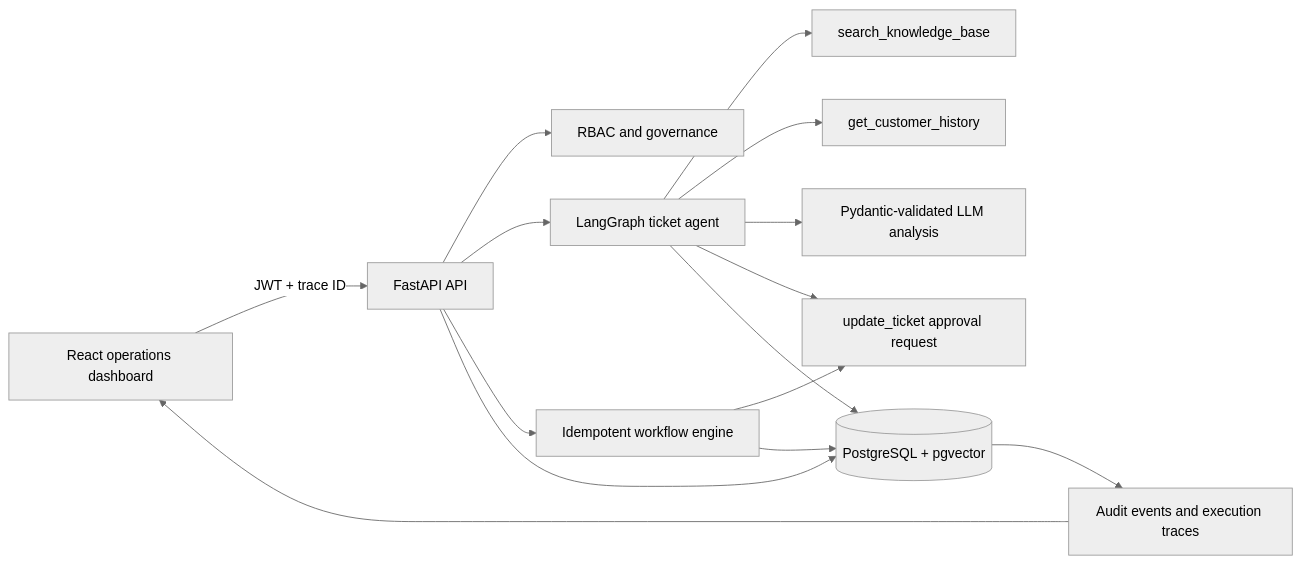
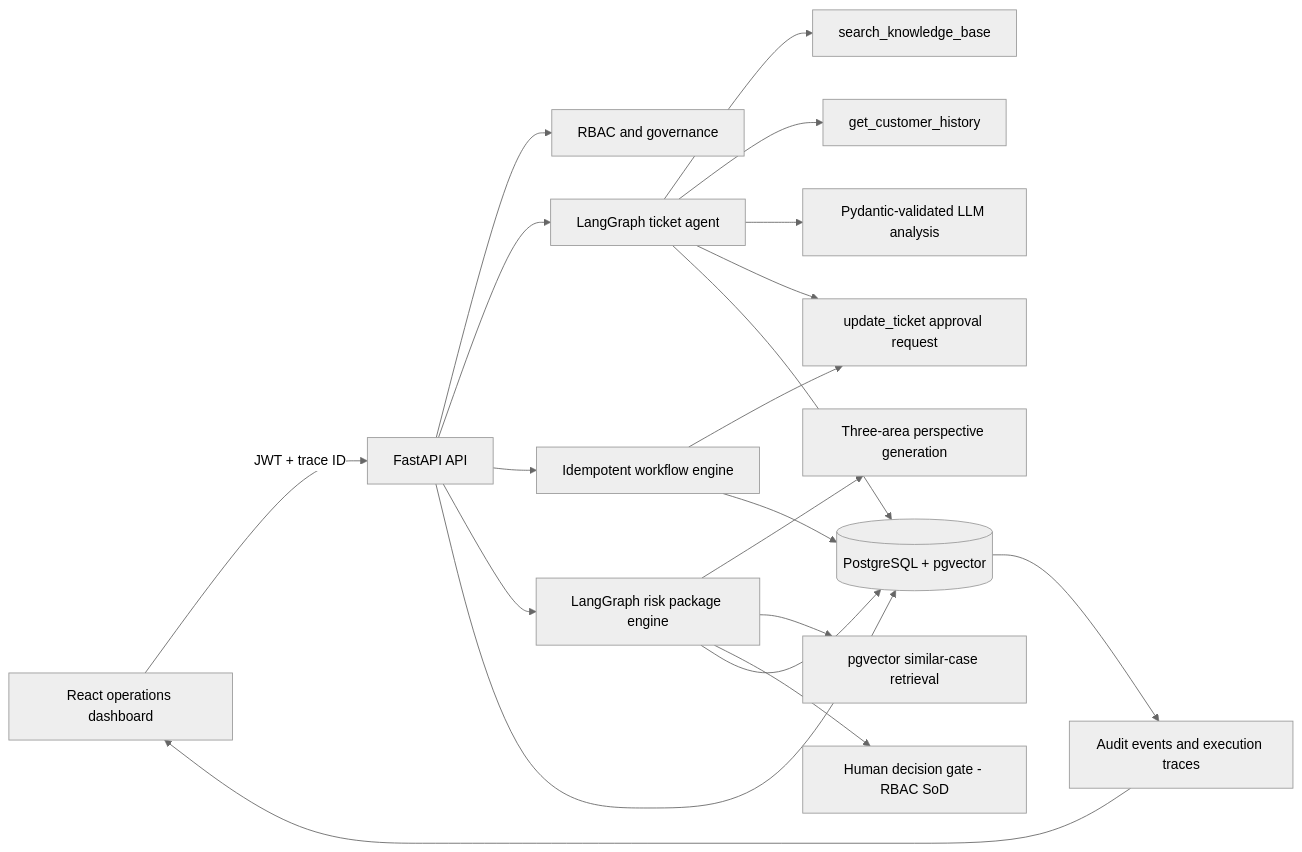
One commit to RidhanPar/ai-ops-workflow-automation-platform changed the diagram in README.md. Above: the diagram before and after it, drawn with Mermaid (neutral theme). The commit also changed other lines of this file and 1 other file, not shown here.

````diff
--- a/README.md
+++ b/README.md
@@ -49,17 +53,22 @@
 ```mermaid
 flowchart LR
     UI[React operations dashboard] -->|JWT + trace ID| API[FastAPI API]
     API --> AUTH[RBAC and governance]
     API --> AGENT[LangGraph ticket agent]
     AGENT --> KB[search_knowledge_base]
     AGENT --> HISTORY[get_customer_history]
     AGENT --> LLM[Pydantic-validated LLM analysis]
     AGENT --> APPROVAL[update_ticket approval request]
     API --> ENGINE[Idempotent workflow engine]
     ENGINE --> APPROVAL
+    API --> RISK[LangGraph risk package engine]
+    RISK --> PERSPECTIVES[Three-area perspective generation]
+    RISK --> SIMILAR[pgvector similar-case retrieval]
+    RISK --> HUMANGATE[Human decision gate - RBAC SoD]
     API --> DB[(PostgreSQL + pgvector)]
     AGENT --> DB
     ENGINE --> DB
+    RISK --> DB
     DB --> TRACE[Audit events and execution traces]
     TRACE --> UI
 ```
````
